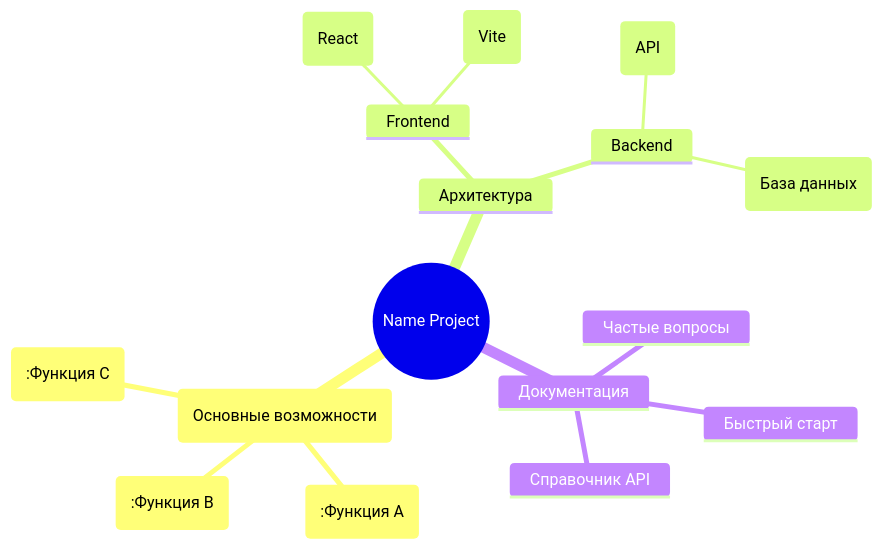
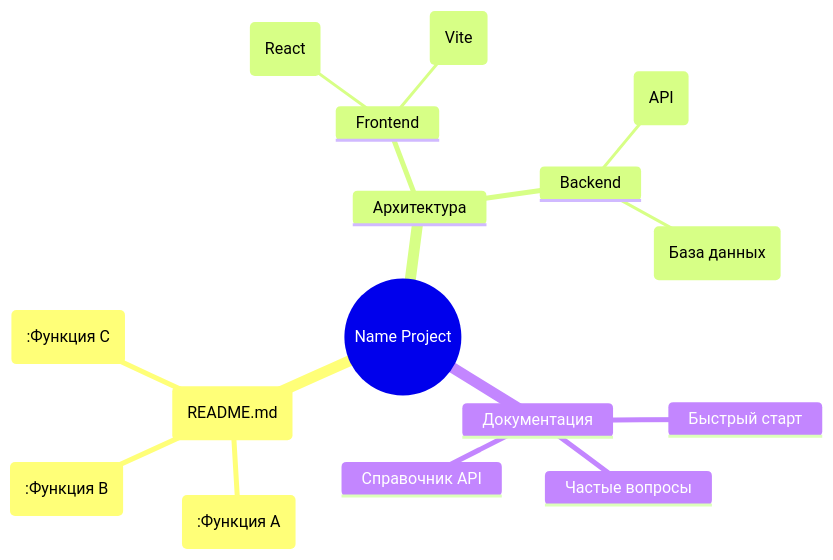
Before and after one commit to KSP-Hub/My-CV-Engineering-Projects: the diagram in teamplate project/README.md, drawn with Mermaid. The commit also changed other lines of this file and 2 other files, not shown here.

````diff
--- a/teamplate project/README.md
+++ b/teamplate project/README.md
@@ -50,19 +50,19 @@
 ```mermaid
 mindmap
   root((Name Project))
-    Header 1 (Основные возможности)
+    Header 1 (README.md)
       Header 2 (:Функция A)
       Header 2 (:Функция B)
       Header 2 (:Функция C)
     Архитектура
       Frontend
         Header 3 (React)
         (Vite)
       Backend
         (API)
         (База данных)
     Документация
       Быстрый старт
       Справочник API
       Частые вопросы
 ```
````
